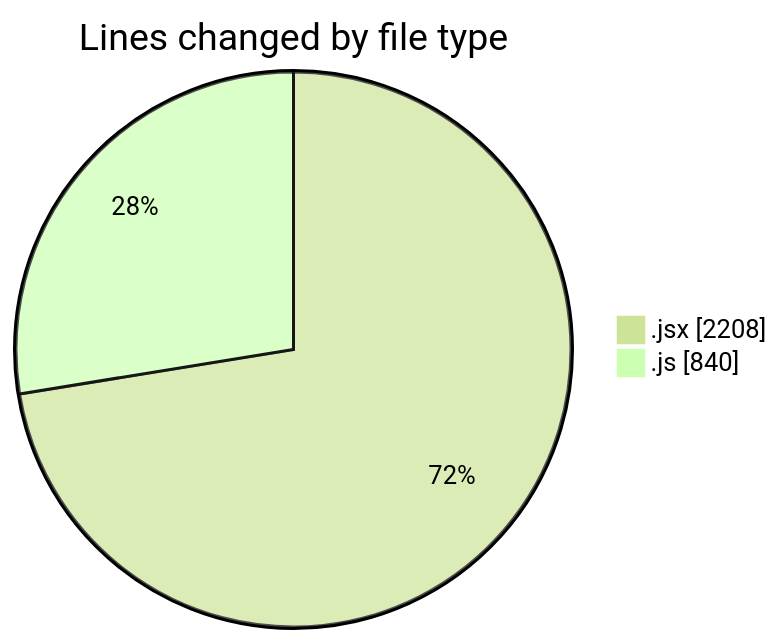
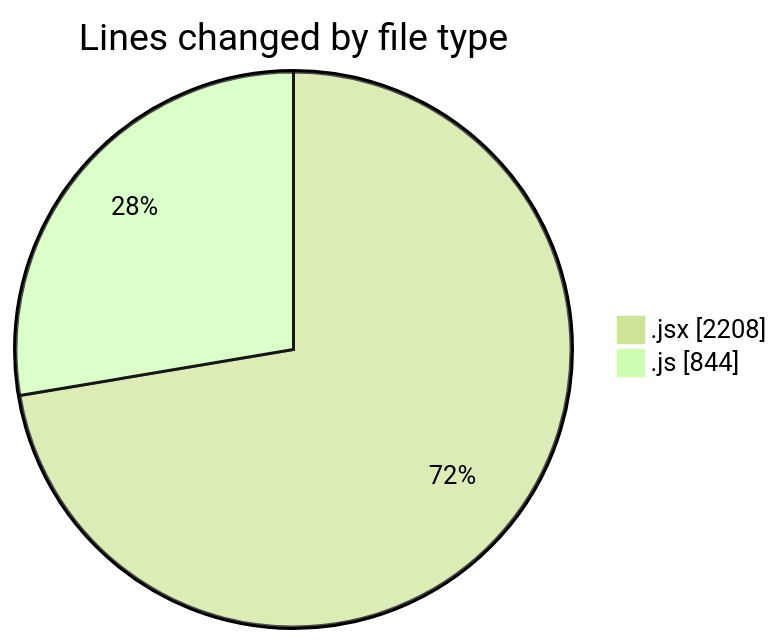
The first of 2 diagrams in 2025-06-28/argos/README.md (nxtqubesakshisongat/code-tracking), drawn with Mermaid (forest theme) before and after one commit. The commit also changed other lines of this file and 1 other file, not shown here.

````diff
--- a/2025-06-28/argos/README.md
+++ b/2025-06-28/argos/README.md
@@ -26,6 +26,6 @@
 ```mermaid
 pie showData
 title Lines changed by file type
 ".jsx" : 2208
-".js" : 840
+".js" : 844
 ```
````
